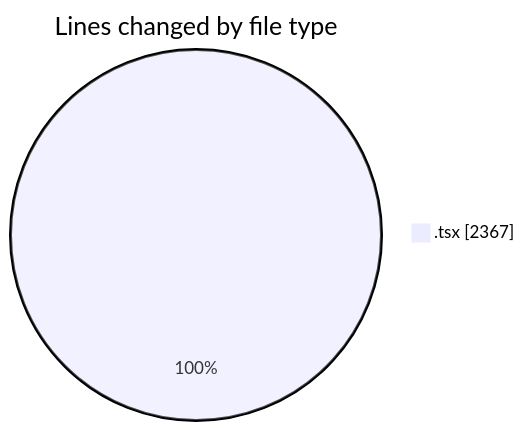
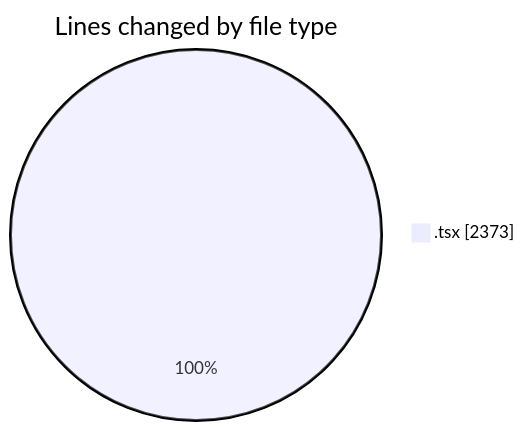
One commit to nxtqubesakshisongat/code-tracking changed the first of 2 diagrams in 2026-02-09/nxtqube_webapp/README.md. Above: the diagram before and after it, drawn with Mermaid. The commit also changed other lines of this file and 1 other file, not shown here.

````diff
--- a/2026-02-09/nxtqube_webapp/README.md
+++ b/2026-02-09/nxtqube_webapp/README.md
@@ -22,5 +22,5 @@
 ```mermaid
 pie showData
 title Lines changed by file type
-".tsx" : 2367
+".tsx" : 2373
 ```
````
